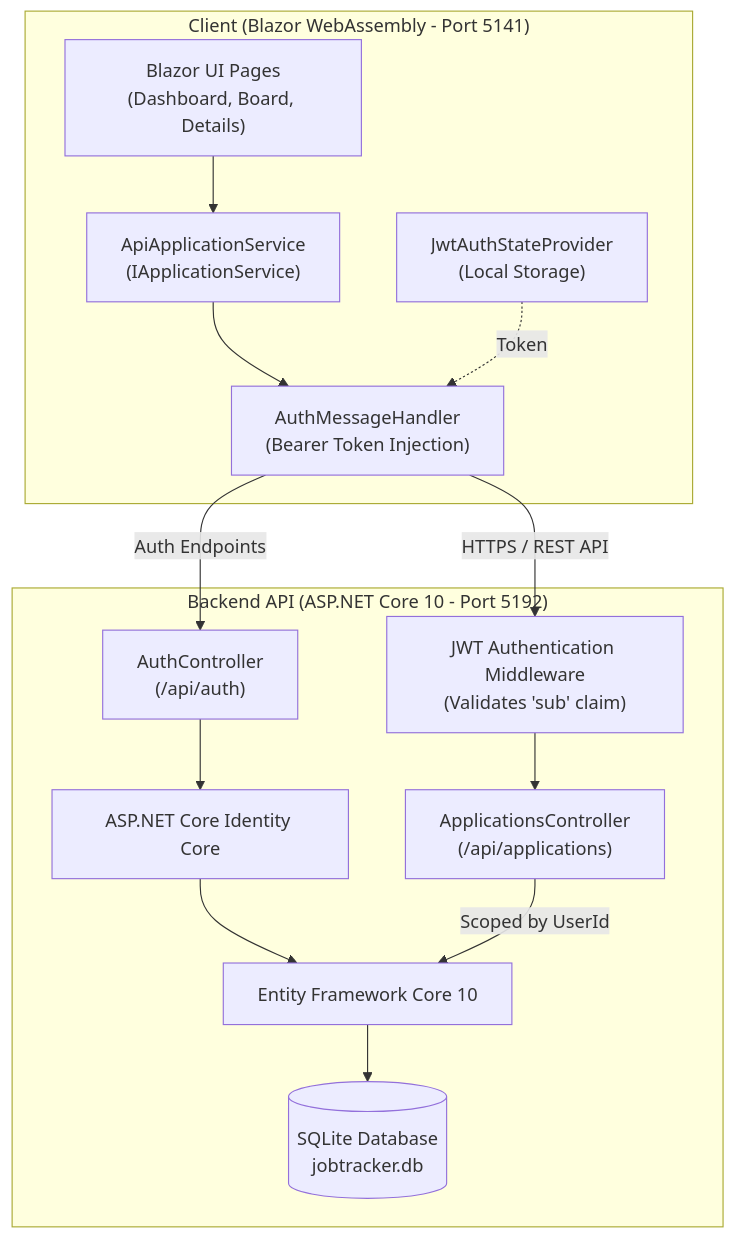
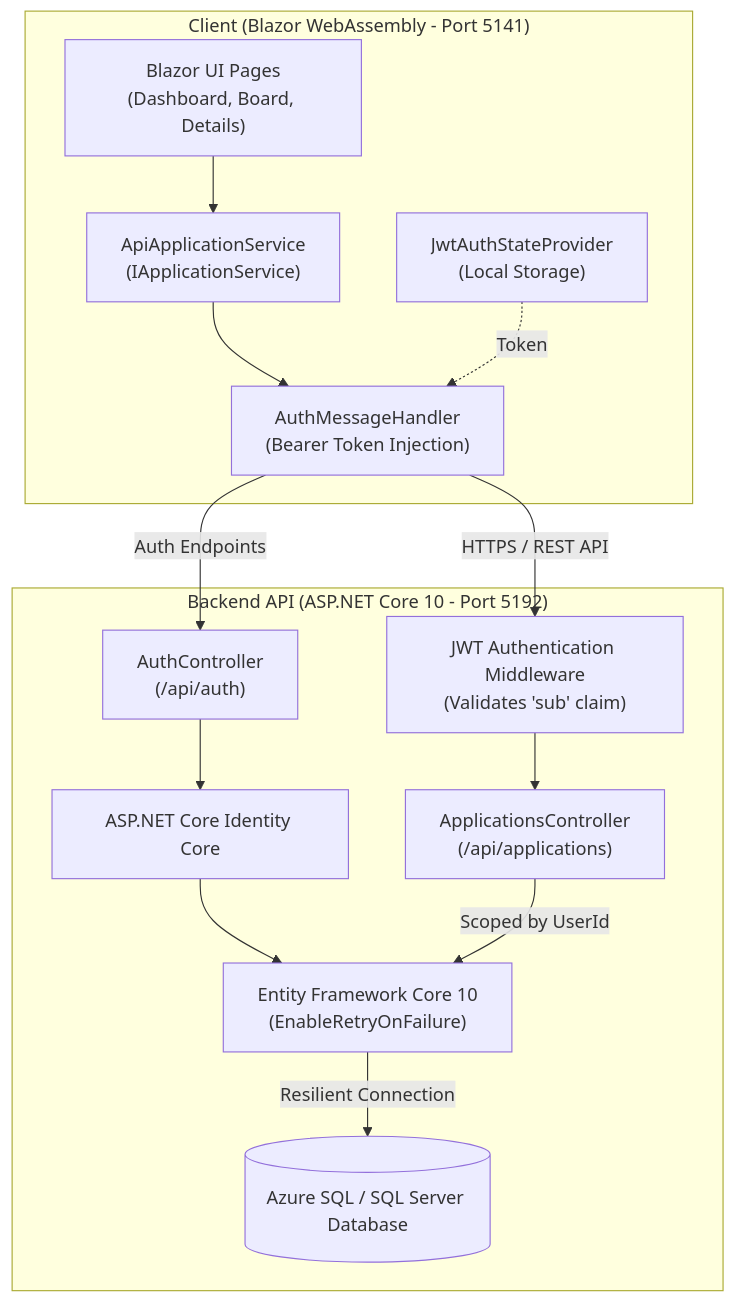
Before and after one commit to simply-shanta-4/JobTracker: the diagram in README.md, drawn with Mermaid. The commit also changed other lines of this file, not shown here.

Commit message:
Update README for Azure SQL migration and connection resiliency

````diff
--- a/README.md
+++ b/README.md
@@ -60,30 +61,30 @@
 ```mermaid
 graph TD
     subgraph Browser ["Client (Blazor WebAssembly - Port 5141)"]
         UI["Blazor UI Pages<br/>(Dashboard, Board, Details)"]
         State["JwtAuthStateProvider<br/>(Local Storage)"]
         Handler["AuthMessageHandler<br/>(Bearer Token Injection)"]
         Service["ApiApplicationService<br/>(IApplicationService)"]
         
         UI --> Service
         Service --> Handler
         State -. Token .-> Handler
     end
 
     subgraph Backend ["Backend API (ASP.NET Core 10 - Port 5192)"]
         AuthCtrl["AuthController<br/>(/api/auth)"]
         AppCtrl["ApplicationsController<br/>(/api/applications)"]
         JWTMiddleware["JWT Authentication Middleware<br/>(Validates 'sub' claim)"]
         Identity["ASP.NET Core Identity Core"]
-        EF["Entity Framework Core 10"]
-        DB[(SQLite Database<br/>jobtracker.db)]
+        EF["Entity Framework Core 10<br/>(EnableRetryOnFailure)"]
+        DB[(Azure SQL / SQL Server Database)]
 
         Handler -->|"HTTPS / REST API"| JWTMiddleware
         Handler -->|"Auth Endpoints"| AuthCtrl
         JWTMiddleware --> AppCtrl
         AuthCtrl --> Identity
         Identity --> EF
         AppCtrl -->|"Scoped by UserId"| EF
-        EF --> DB
+        EF -->|"Resilient Connection"| DB
     end
 ```
````
